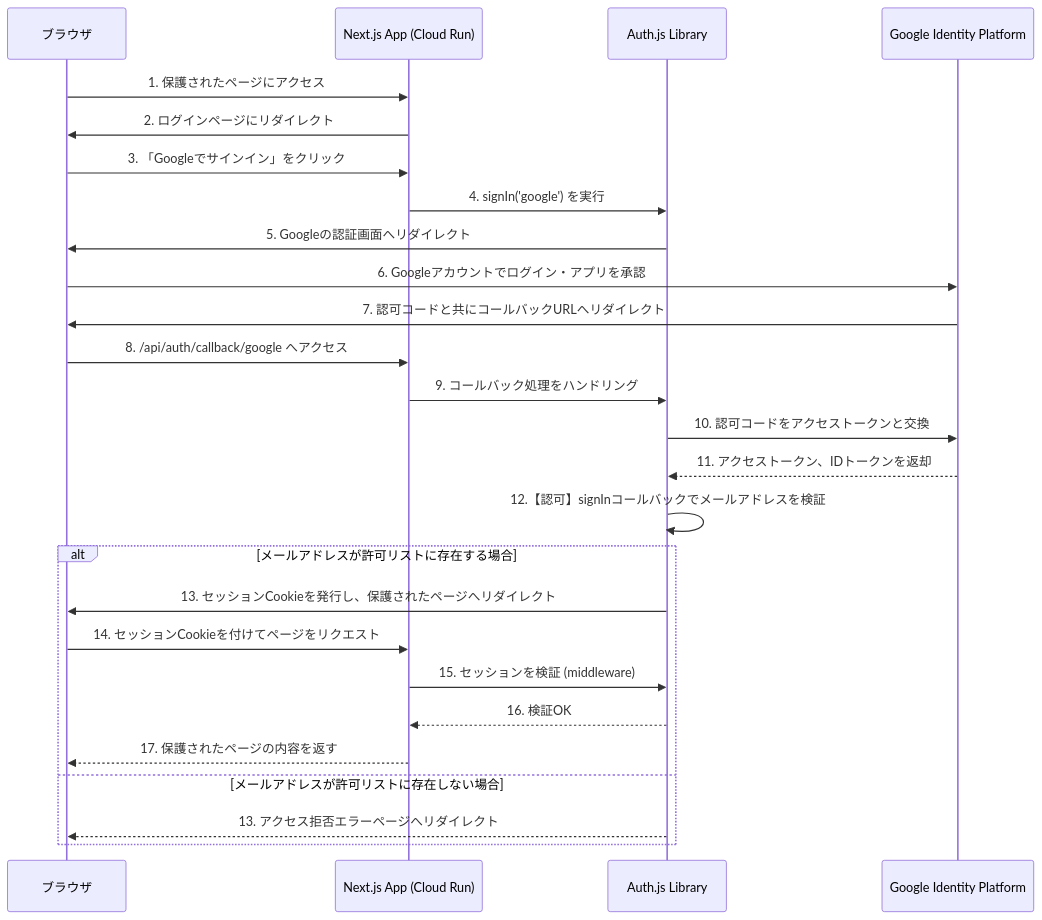
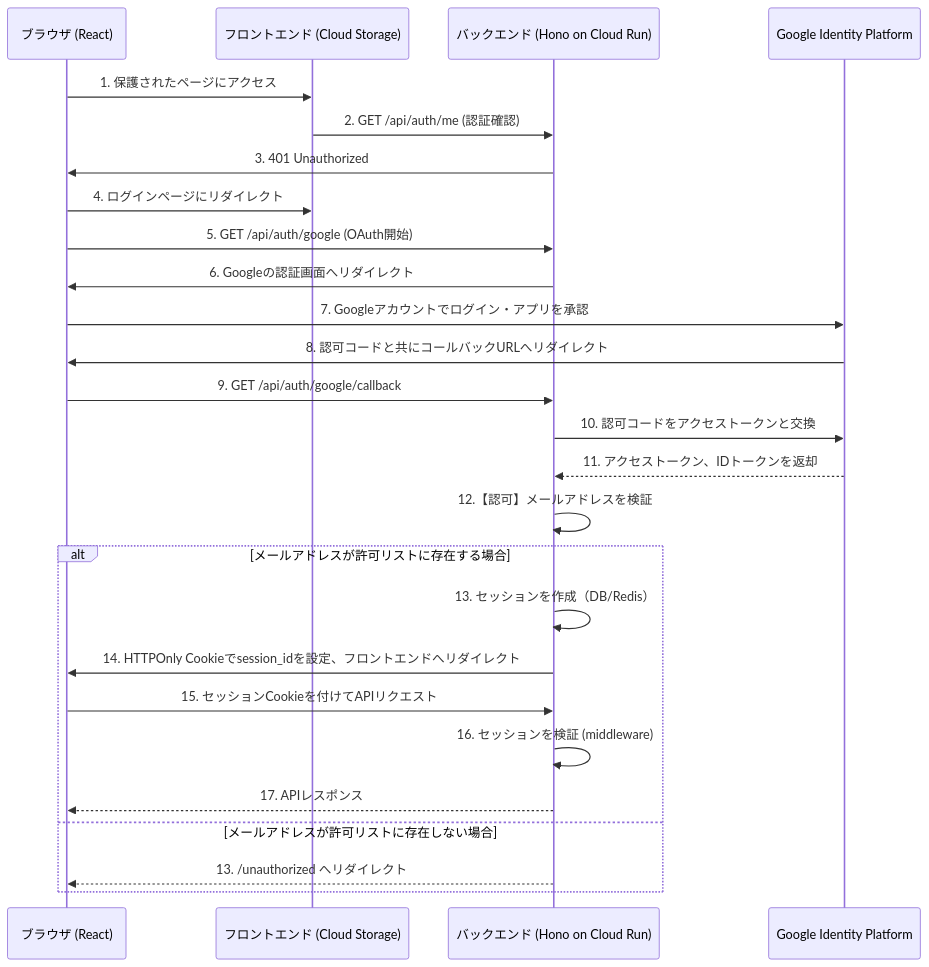
The diagram in docs/design/10_authentication.md (utky/preschool-agent), drawn with Mermaid before and after one commit. The commit also changed other lines of this file and 5 other files, not shown here.

First line of the commit message:
アーキテクチャ設計を更新: Next.js → Vite + React + Hono + Mastra

````diff
--- a/docs/design/10_authentication.md
+++ b/docs/design/10_authentication.md
@@ -7,29 +7,29 @@
 ```mermaid
 sequenceDiagram
-    participant Browser as ブラウザ
-    participant Next.js as Next.js App (Cloud Run)
-    participant Auth.js as Auth.js Library
+    participant Browser as ブラウザ (React)
+    participant Frontend as フロントエンド (Cloud Storage)
+    participant Backend as バックエンド (Hono on Cloud Run)
     participant Google as Google Identity Platform
 
-    Browser->>Next.js: 1. 保護されたページにアクセス
-    Next.js->>Browser: 2. ログインページにリダイレクト
-    Browser->>Next.js: 3. 「Googleでサインイン」をクリック
-    Next.js->>Auth.js: 4. signIn('google') を実行
-    Auth.js->>Browser: 5. Googleの認証画面へリダイレクト
-    Browser->>Google: 6. Googleアカウントでログイン・アプリを承認
-    Google->>Browser: 7. 認可コードと共にコールバックURLへリダイレクト
-    Browser->>Next.js: 8. /api/auth/callback/google へアクセス
-    Next.js->>Auth.js: 9. コールバック処理をハンドリング
-    Auth.js->>Google: 10. 認可コードをアクセストークンと交換
-    Google-->>Auth.js: 11. アクセストークン、IDトークンを返却
-    Auth.js->>Auth.js: 12.【認可】signInコールバックでメールアドレスを検証
+    Browser->>Frontend: 1. 保護されたページにアクセス
+    Frontend->>Backend: 2. GET /api/auth/me (認証確認)
+    Backend->>Browser: 3. 401 Unauthorized
+    Browser->>Frontend: 4. ログインページにリダイレクト
+    Browser->>Backend: 5. GET /api/auth/google (OAuth開始)
+    Backend->>Browser: 6. Googleの認証画面へリダイレクト
+    Browser->>Google: 7. Googleアカウントでログイン・アプリを承認
+    Google->>Browser: 8. 認可コードと共にコールバックURLへリダイレクト
+    Browser->>Backend: 9. GET /api/auth/google/callback
+    Backend->>Google: 10. 認可コードをアクセストークンと交換
+    Google-->>Backend: 11. アクセストークン、IDトークンを返却
+    Backend->>Backend: 12.【認可】メールアドレスを検証
     alt メールアドレスが許可リストに存在する場合
-        Auth.js->>Browser: 13. セッションCookieを発行し、保護されたページへリダイレクト
-        Browser->>Next.js: 14. セッションCookieを付けてページをリクエスト
-        Next.js->>Auth.js: 15. セッションを検証 (middleware)
-        Auth.js-->>Next.js: 16. 検証OK
-        Next.js-->>Browser: 17. 保護されたページの内容を返す
+        Backend->>Backend: 13. セッションを作成（DB/Redis）
+        Backend->>Browser: 14. HTTPOnly Cookieでsession_idを設定、フロントエンドへリダイレクト
+        Browser->>Backend: 15. セッションCookieを付けてAPIリクエスト
+        Backend->>Backend: 16. セッションを検証 (middleware)
+        Backend-->>Browser: 17. APIレスポンス
     else メールアドレスが許可リストに存在しない場合
-        Auth.js-->>Browser: 13. アクセス拒否エラーページへリダイレクト
+        Backend-->>Browser: 13. /unauthorized へリダイレクト
     end
 ```
````
